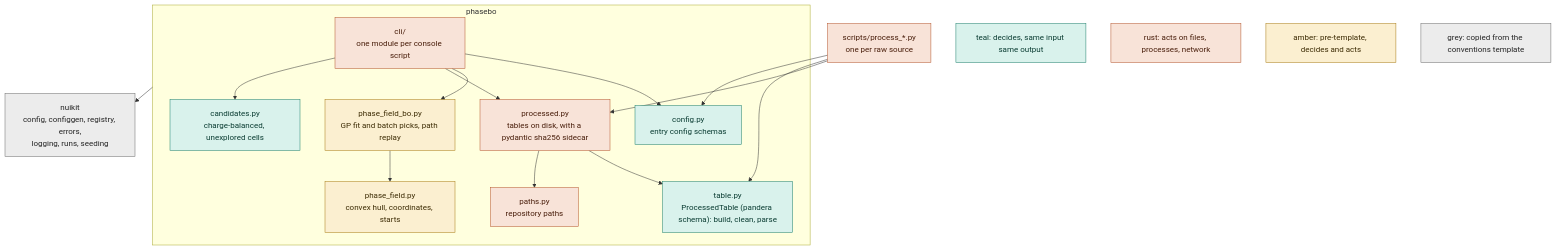
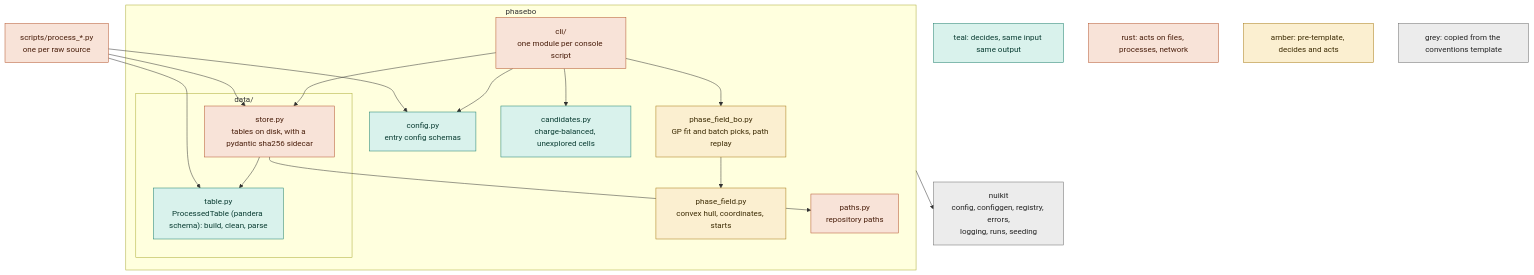
Before and after one commit to nuinashco/PhaseBO: the first of 2 diagrams in CONTRIBUTING.md, drawn with Mermaid. The commit also changed other lines of this file and 14 other files, not shown here.

Commit message:
refactor(data): group table and store into data package

````diff
--- a/CONTRIBUTING.md
+++ b/CONTRIBUTING.md
@@ -9,34 +9,36 @@
 ```mermaid
 flowchart TD
     scripts["scripts/process_*.py<br/>one per raw source"]:::side
     subgraph project["phasebo"]
         cli["cli/<br/>one module per console script"]:::side
         config["config.py<br/>entry config schemas"]:::pure
         bo["phase_field_bo.py<br/>GP fit and batch picks, path replay"]:::legacy
         field["phase_field.py<br/>convex hull, coordinates, starts"]:::legacy
-        processed["processed.py<br/>tables on disk, with a pydantic sha256 sidecar"]:::side
-        table["table.py<br/>ProcessedTable (pandera schema): build, clean, parse"]:::pure
+        subgraph data["data/"]
+            store["store.py<br/>tables on disk, with a pydantic sha256 sidecar"]:::side
+            table["table.py<br/>ProcessedTable (pandera schema): build, clean, parse"]:::pure
+        end
         candidates["candidates.py<br/>charge-balanced, unexplored cells"]:::pure
         paths["paths.py<br/>repository paths"]:::side
         cli --> config
         cli --> bo
-        cli --> processed
+        cli --> store
         cli --> candidates
         bo --> field
-        processed --> table
-        processed --> paths
+        store --> table
+        store --> paths
     end
-    scripts --> processed
+    scripts --> store
     scripts --> table
     scripts --> config
     nuikit["nuikit<br/>config, configgen, registry, errors,<br/>logging, runs, seeding"]:::kit
     project --> nuikit
     pure["teal: decides, same input same output"]:::pure
     side["rust: acts on files, processes, network"]:::side
     legacy["amber: pre-template, decides and acts"]:::legacy
     kit["grey: copied from the conventions template"]:::kit
     classDef pure fill:#d9f2ec,stroke:#1b7f6b,color:#0b3d33
     classDef side fill:#f8e3d8,stroke:#b4532a,color:#4a1f0c
     classDef legacy fill:#fbefd0,stroke:#a77a12,color:#3d2c05
     classDef kit fill:#ececec,stroke:#6b6b6b,color:#262626
 ```
````
